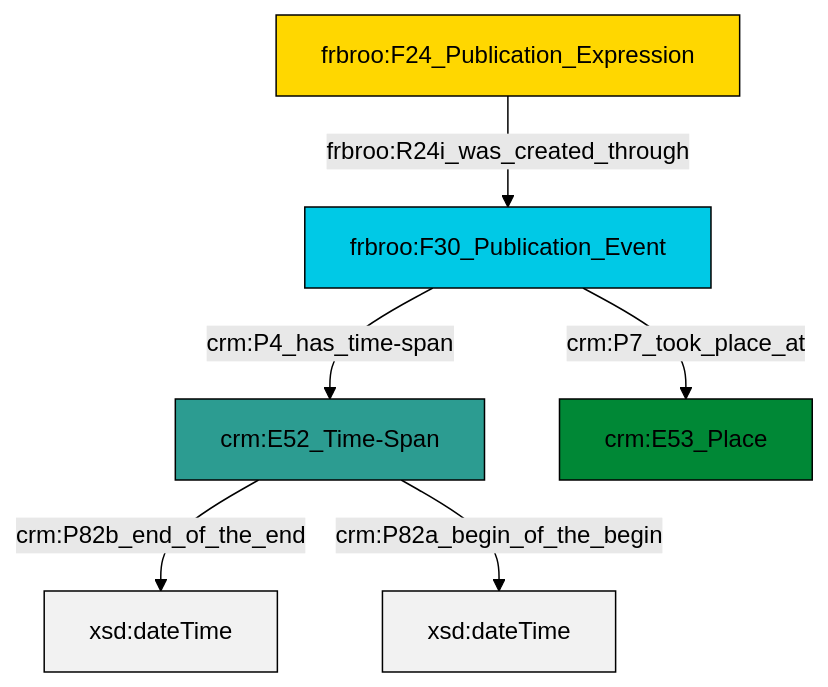
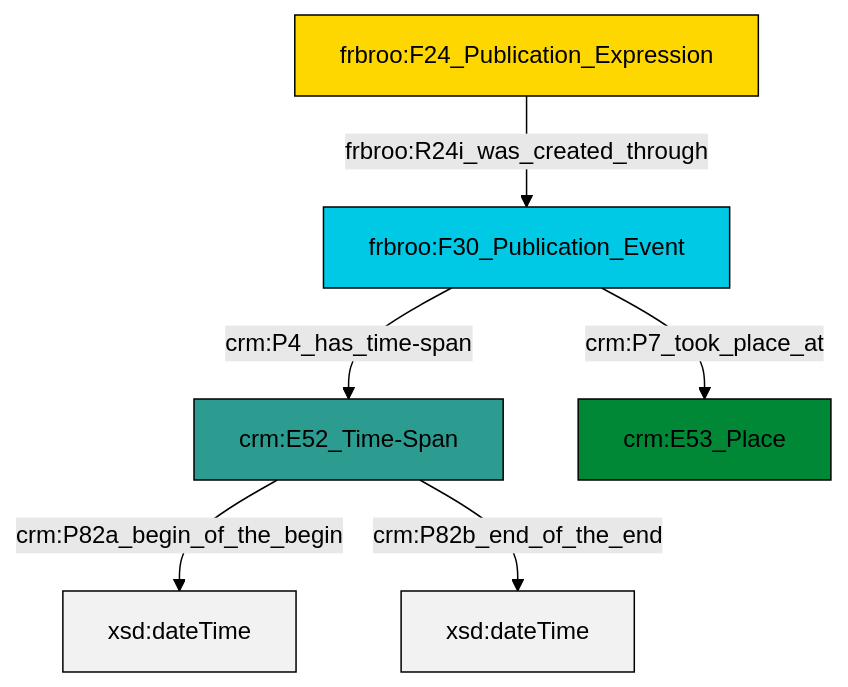
Before and after one commit to swiss-art-research-net/reference-data-models: the diagram in et/biblioCSV/ttl/mmd/biblio_existence.ttl.mmd, drawn with Mermaid (forest theme). The commit also changed 128 other files, not shown here.

```diff
--- a/et/biblioCSV/ttl/mmd/biblio_existence.ttl.mmd
+++ b/et/biblioCSV/ttl/mmd/biblio_existence.ttl.mmd
@@ -1,20 +1,20 @@
 graph TD
 classDef Literal fill:#f2f2f2,stroke:#000000;
 classDef CRM_Entity fill:#FFFFFF,stroke:#000000;
 classDef Temporal_Entity fill:#00C9E6, stroke:#000000;
 classDef Type fill:#E18312, stroke:#000000;
 classDef Time-Span fill:#2C9C91, stroke:#000000;
 classDef Appellation fill:#FFEB7F, stroke:#000000;
 classDef Place fill:#008836, stroke:#000000;
 classDef Persistent_Item fill:#B266B2, stroke:#000000;
 classDef Conceptual_Object fill:#FFD700, stroke:#000000;
 classDef Physical_Thing fill:#D2B48C, stroke:#000000;
 classDef Actor fill:#f58aad, stroke:#000000;
 classDef PC_Classes fill:#4ce600, stroke:#000000;
 classDef Multi fill:#cccccc,stroke:#000000;
 
-0["frbroo:F30_Publication_Event"]:::Temporal_Entity -->|crm:P4_has_time-span| 2["crm:E52_Time-Span"]:::Time-Span
-3["frbroo:F24_Publication_Expression"]:::Conceptual_Object -->|frbroo:R24i_was_created_through| 0["frbroo:F30_Publication_Event"]:::Temporal_Entity
-2["crm:E52_Time-Span"]:::Time-Span -->|crm:P82b_end_of_the_end| 7[xsd:dateTime]:::Literal
-2["crm:E52_Time-Span"]:::Time-Span -->|crm:P82a_begin_of_the_begin| 8[xsd:dateTime]:::Literal
-0["frbroo:F30_Publication_Event"]:::Temporal_Entity -->|crm:P7_took_place_at| 5["crm:E53_Place"]:::Place
+0["crm:E52_Time-Span"]:::Time-Span -->|crm:P82a_begin_of_the_begin| 1[xsd:dateTime]:::Literal
+2["frbroo:F24_Publication_Expression"]:::Conceptual_Object -->|frbroo:R24i_was_created_through| 4["frbroo:F30_Publication_Event"]:::Temporal_Entity
+0["crm:E52_Time-Span"]:::Time-Span -->|crm:P82b_end_of_the_end| 8[xsd:dateTime]:::Literal
+4["frbroo:F30_Publication_Event"]:::Temporal_Entity -->|crm:P7_took_place_at| 5["crm:E53_Place"]:::Place
+4["frbroo:F30_Publication_Event"]:::Temporal_Entity -->|crm:P4_has_time-span| 0["crm:E52_Time-Span"]:::Time-Span
```
